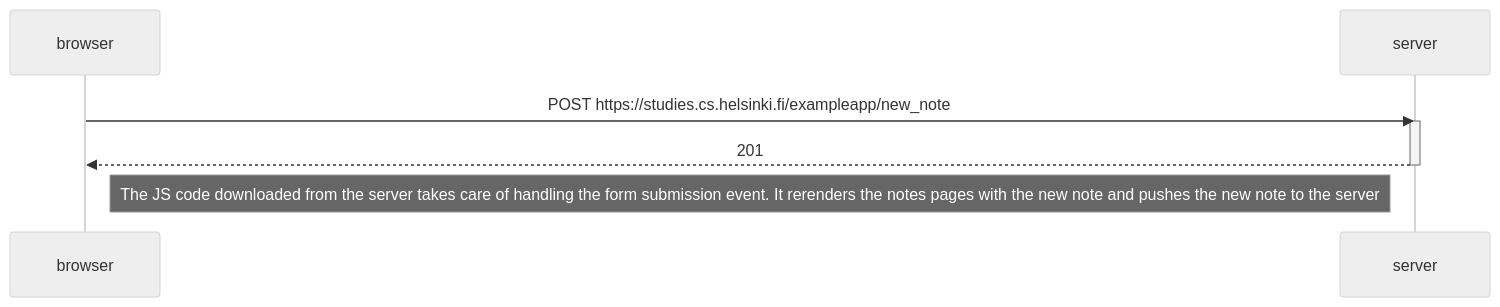
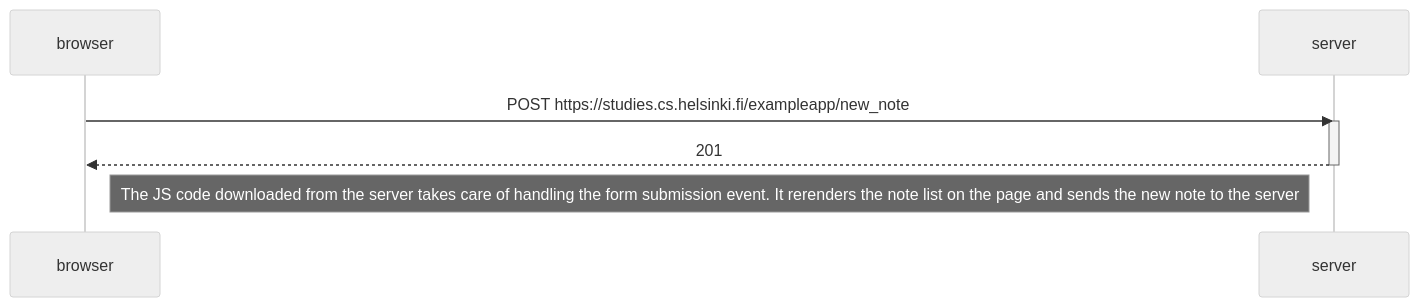
One commit to eilerb/Full-Stack-Solutions changed the diagram in README.md. Above: the diagram before and after it, drawn with Mermaid (neutral theme).

````diff
--- a/README.md
+++ b/README.md
@@ -1,13 +1,13 @@
 ```mermaid
 
 sequenceDiagram
     participant browser
     participant server
 
     browser->>server: POST https://studies.cs.helsinki.fi/exampleapp/new_note
     activate server
     server-->>browser: 201
     deactivate server
 
-    Note right of browser: The JS code downloaded from the server takes care of handling the form submission event. It rerenders the notes pages with the new note and pushes the new note to the server
+    Note right of browser: The JS code downloaded from the server takes care of handling the form submission event. It rerenders the note list on the page and sends the new note to the server
 ```
````
